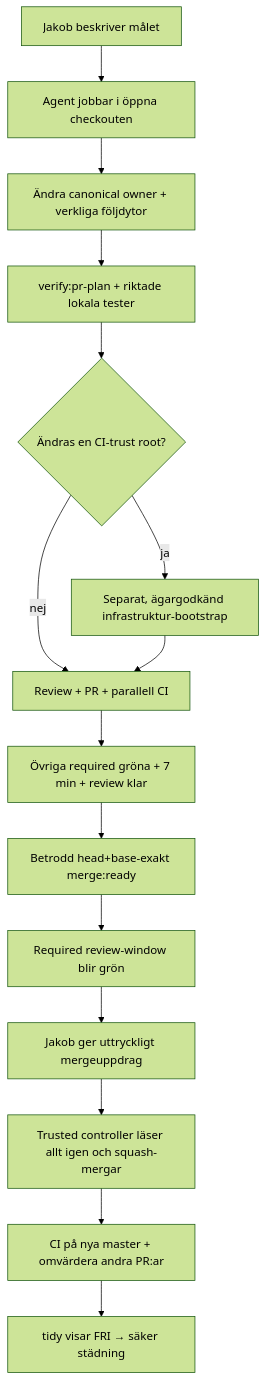
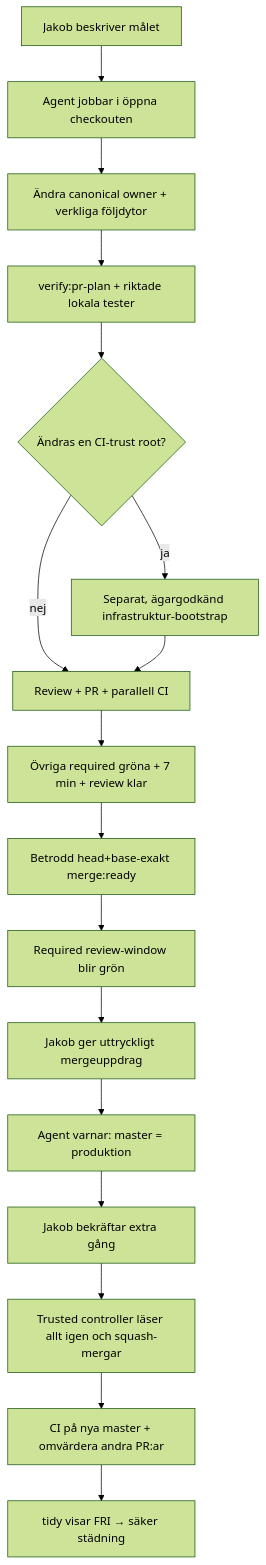
One commit to Jakeminator123/sajtmaskin changed the diagram in docs/runbooks/agent-workflow.md. Above: the diagram before and after it, drawn with Mermaid (forest theme). The commit also changed other lines of this file and 11 other files, not shown here.

````diff
--- a/docs/runbooks/agent-workflow.md
+++ b/docs/runbooks/agent-workflow.md
@@ -7,17 +7,19 @@
 ```mermaid
 flowchart TD
   U["Jakob beskriver målet"] --> A["Agent jobbar i öppna checkouten"]
   A --> B["Ändra canonical owner + verkliga följdytor"]
   B --> C["verify:pr-plan + riktade lokala tester"]
   C --> W{"Ändras en CI-trust root?"}
   W -- "nej" --> D["Review + PR + parallell CI"]
   W -- "ja" --> X["Separat, ägargodkänd infrastruktur-bootstrap"]
   X --> D
   D --> E["Övriga required gröna + 7 min + review klar"]
   E --> F["Betrodd head+base-exakt merge:ready"]
   F --> G["Required review-window blir grön"]
   G --> H["Jakob ger uttryckligt mergeuppdrag"]
-  H --> I["Trusted controller läser allt igen och squash-mergar"]
+  H --> H2["Agent varnar: master = produktion"]
+  H2 --> H3["Jakob bekräftar extra gång"]
+  H3 --> I["Trusted controller läser allt igen och squash-mergar"]
   I --> K["CI på nya master + omvärdera andra PR:ar"]
   K --> J["tidy visar FRI → säker städning"]
 ```
````
